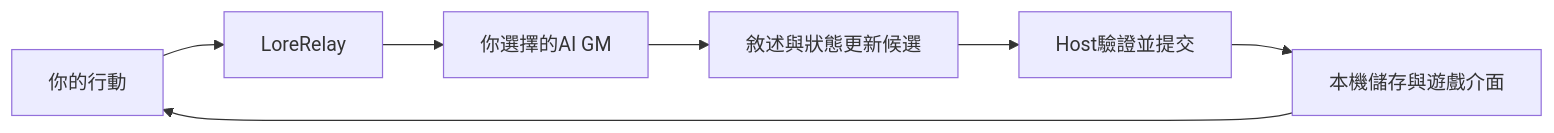
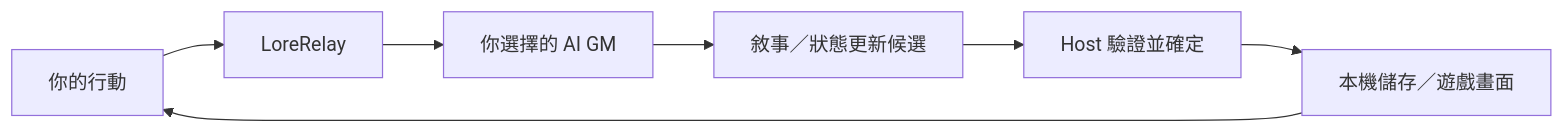
The diagram in README_zh-TW.md (GGF1sh/LoreRelay), drawn with Mermaid before and after one commit. The commit also changed other lines of this file, not shown here.

````diff
--- a/README_zh-TW.md
+++ b/README_zh-TW.md
@@ -68,9 +176,9 @@
 ```mermaid
 flowchart LR
     Human["你的行動"] --> Host["LoreRelay"]
-    Host --> AI["你選擇的AI GM"]
-    AI --> Candidate["敘述與狀態更新候選"]
-    Candidate --> Accept["Host驗證並提交"]
-    Accept --> Local["本機儲存與遊戲介面"]
+    Host --> AI["你選擇的 AI GM"]
+    AI --> Candidate["敘事／狀態更新候選"]
+    Candidate --> Accept["Host 驗證並確定"]
+    Accept --> Local["本機儲存／遊戲畫面"]
     Local --> Human
 ```
````
